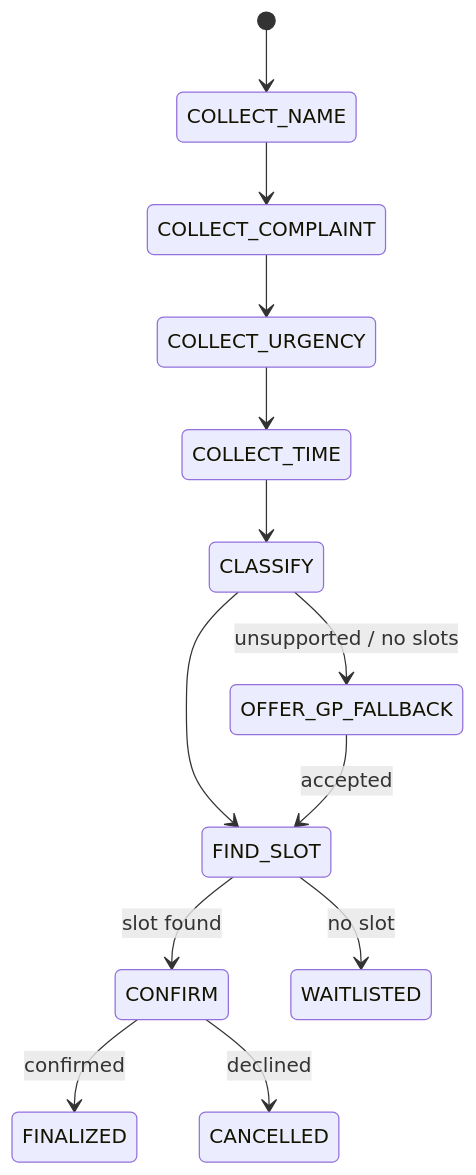
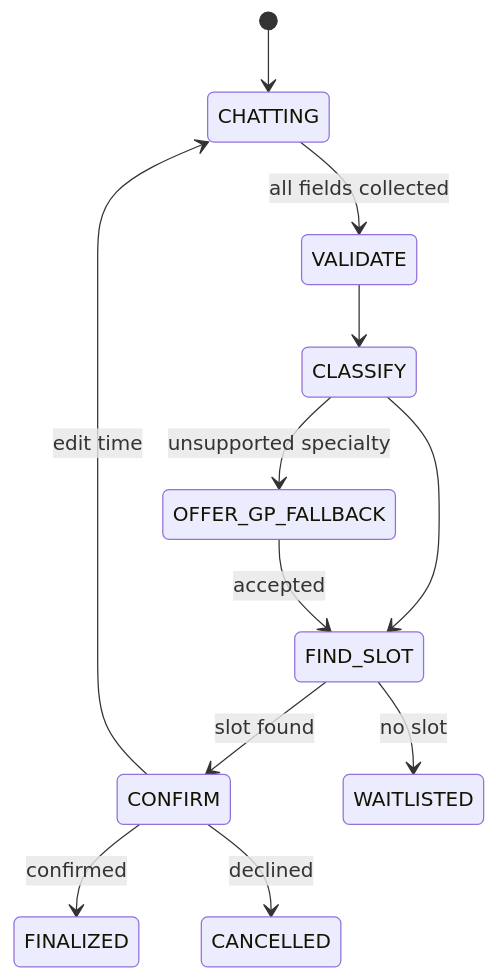
The second of 2 diagrams in README.md (HananMoAlnakhal/ClinicAI), drawn with Mermaid before and after one commit. The commit also changed other lines of this file and 13 other files, not shown here.

````diff
--- a/README.md
+++ b/README.md
@@ -248,15 +250,14 @@
 ```mermaid
 stateDiagram-v2
-    [*] --> COLLECT_NAME
-    COLLECT_NAME --> COLLECT_COMPLAINT
-    COLLECT_COMPLAINT --> COLLECT_URGENCY
-    COLLECT_URGENCY --> COLLECT_TIME
-    COLLECT_TIME --> CLASSIFY
+    [*] --> CHATTING
+    CHATTING --> VALIDATE: all fields collected
+    VALIDATE --> CLASSIFY
     CLASSIFY --> FIND_SLOT
-    CLASSIFY --> OFFER_GP_FALLBACK: unsupported / no slots
+    CLASSIFY --> OFFER_GP_FALLBACK: unsupported specialty
     OFFER_GP_FALLBACK --> FIND_SLOT: accepted
     FIND_SLOT --> CONFIRM: slot found
     FIND_SLOT --> WAITLISTED: no slot
     CONFIRM --> FINALIZED: confirmed
+    CONFIRM --> CHATTING: edit time
     CONFIRM --> CANCELLED: declined
 ```
````
